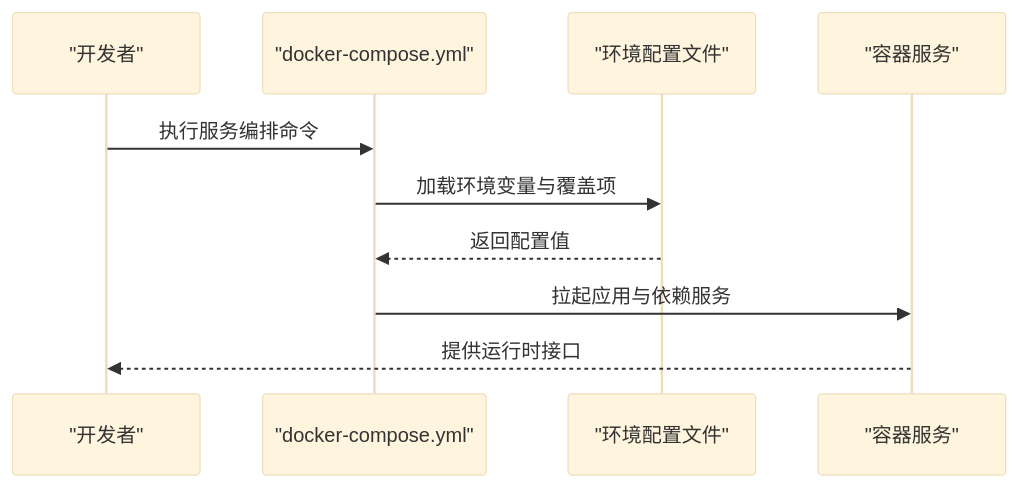
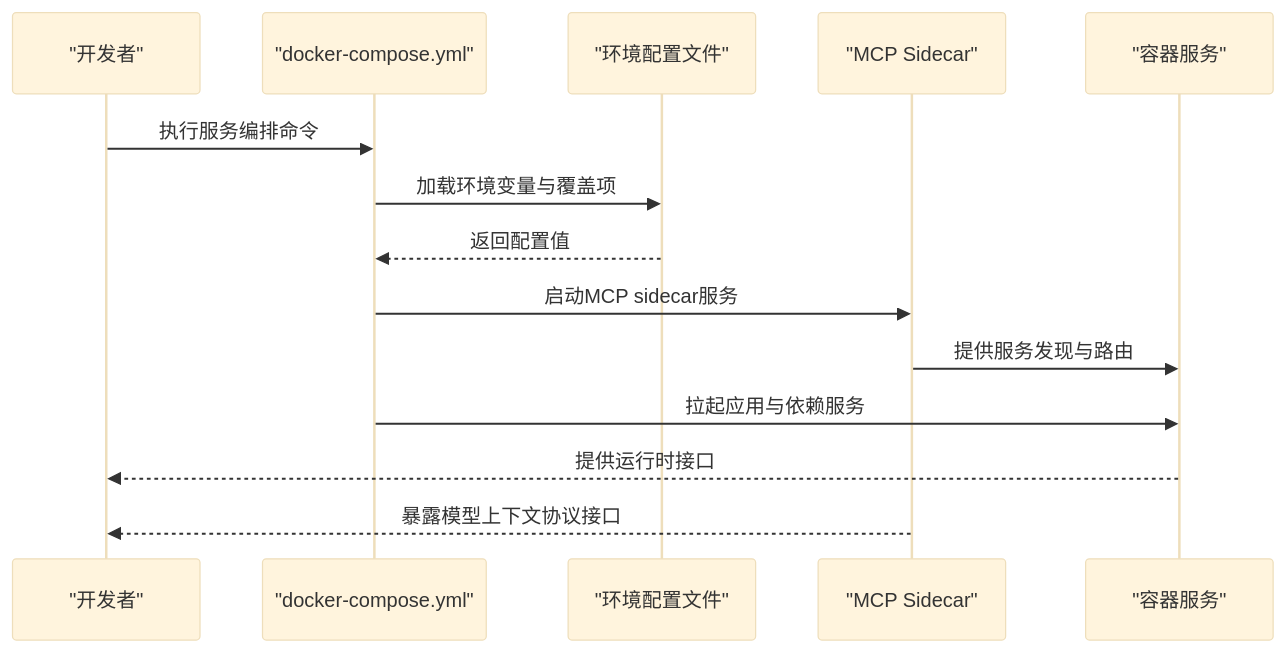
Before and after one commit to kai-cui1/ai-prototype-manager: the third of 6 diagrams in .qoder/repowiki/zh/content/部署指南/部署指南.md, drawn with Mermaid (base theme). The commit also changed other lines of this file and 295 other files, not shown here.

````diff
--- a/.qoder/repowiki/zh/content/部署指南/部署指南.md
+++ b/.qoder/repowiki/zh/content/部署指南/部署指南.md
@@ -163,12 +187,16 @@
 ```mermaid
 sequenceDiagram
 participant Dev as "开发者"
 participant Compose as "docker-compose.yml"
 participant Env as "环境配置文件"
+participant MCP as "MCP Sidecar"
 participant Services as "容器服务"
 Dev->>Compose : 执行服务编排命令
 Compose->>Env : 加载环境变量与覆盖项
 Env-->>Compose : 返回配置值
+Compose->>MCP : 启动MCP sidecar服务
+MCP->>Services : 提供服务发现与路由
 Compose->>Services : 拉起应用与依赖服务
 Services-->>Dev : 提供运行时接口
+MCP-->>Dev : 暴露模型上下文协议接口
 ```
````
